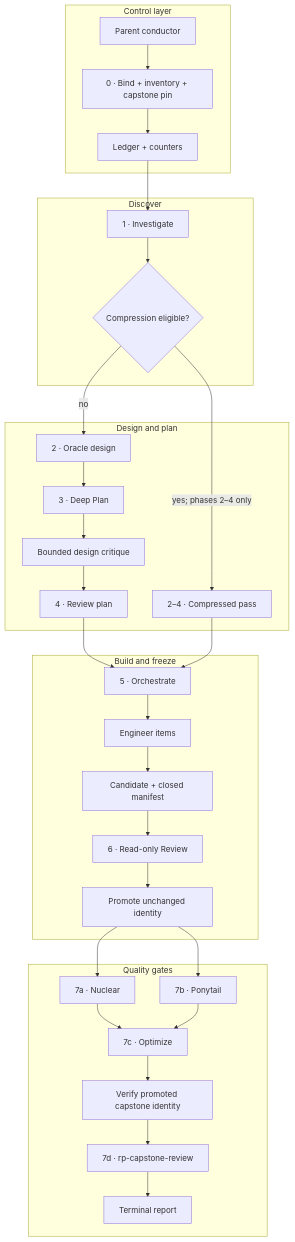
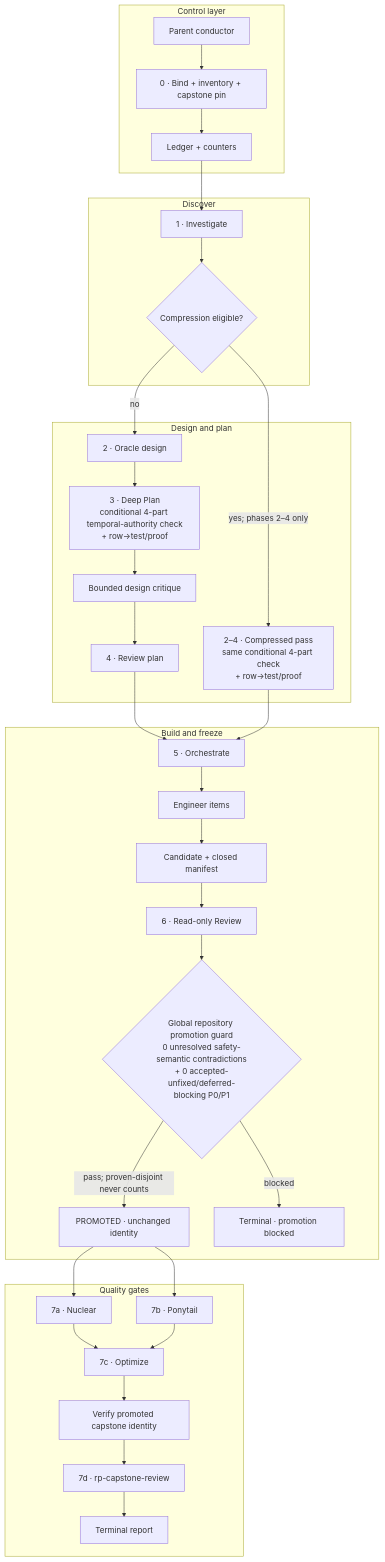
The first of 2 diagrams in docs/workflows/repoprompt-ce/rp-loop-engineering-guide.uk.md (Helg1us/cookbook), drawn with Mermaid before and after one commit. The commit also changed other lines of this file and 1 other file, not shown here.

````diff
--- a/docs/workflows/repoprompt-ce/rp-loop-engineering-guide.uk.md
+++ b/docs/workflows/repoprompt-ce/rp-loop-engineering-guide.uk.md
@@ -14,44 +14,48 @@
 ```mermaid
 flowchart TB
   subgraph L0["Control layer"]
     P["Parent conductor"]
     B["0 · Bind + inventory + capstone pin"]
     L["Ledger + counters"]
   end
   subgraph L1["Discover"]
     I["1 · Investigate"]
     C{"Compression eligible?"}
   end
   subgraph L2["Design and plan"]
     O["2 · Oracle design"]
-    D["3 · Deep Plan"]
+    D["3 · Deep Plan<br/>conditional 4-part temporal-authority check<br/>+ row→test/proof"]
     K["Bounded design critique"]
     R4["4 · Review plan"]
-    S["2–4 · Compressed pass"]
+    S["2–4 · Compressed pass<br/>same conditional 4-part check<br/>+ row→test/proof"]
   end
   subgraph L3["Build and freeze"]
     OR["5 · Orchestrate"]
     E["Engineer items"]
     ID["Candidate + closed manifest"]
     R6["6 · Read-only Review"]
-    PR["Promote unchanged identity"]
+    GPR{"Global repository promotion guard<br/>0 unresolved safety-semantic contradictions<br/>+ 0 accepted-unfixed/deferred-blocking P0/P1"}
+    PR["PROMOTED · unchanged identity"]
+    GBP["Terminal · promotion blocked"]
   end
   subgraph L4["Quality gates"]
     N["7a · Nuclear"]
     T["7b · Ponytail"]
     OP["7c · Optimize"]
     CV["Verify promoted capstone identity"]
     CR["7d · rp-capstone-review"]
     Z["Terminal report"]
   end
   P --> B --> L --> I --> C
   C -- "no" --> O --> D --> K --> R4
   C -- "yes; phases 2–4 only" --> S
   R4 --> OR
   S --> OR
-  OR --> E --> ID --> R6 --> PR
+  OR --> E --> ID --> R6 --> GPR
+  GPR -- "pass; proven-disjoint never counts" --> PR
+  GPR -- "blocked" --> GBP
   PR --> N
   PR --> T
   N --> OP
   T --> OP --> CV --> CR --> Z
 ```
````
